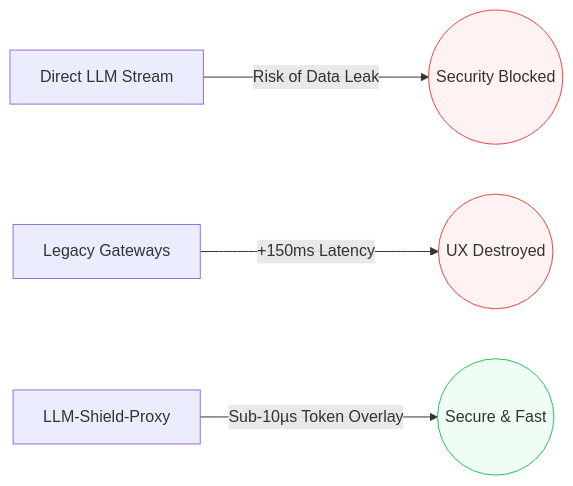
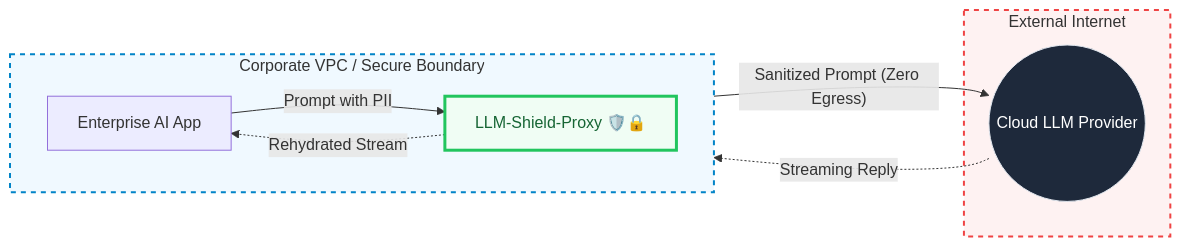
One commit to ninadphalak/LLM-Shield-Proxy changed the first of 2 diagrams in README.md. Above: the diagram before and after it, drawn with Mermaid. The commit also changed other lines of this file and 4 other files, not shown here.

Commit message:
docs: add topologies documentation and improve readme diagram

````diff
--- a/README.md
+++ b/README.md
@@ -11,10 +18,22 @@
 ```mermaid
 flowchart LR
-    A[Direct LLM Stream] -->|Risk of Data Leak| B((Security Blocked))
-    C[Legacy Gateways] -->|+150ms Latency| D((UX Destroyed))
-    E[LLM-Shield-Proxy] -->|Sub-10µs Token Overlay| F((Secure & Fast))
-    
-    style B fill:#fef2f2,stroke:#ef4444
-    style D fill:#fef2f2,stroke:#ef4444
-    style F fill:#f0fdf4,stroke:#22c55e
+    subgraph VPC [Corporate VPC / Secure Boundary]
+        direction LR
+        App[Enterprise AI App]
+        Proxy[LLM-Shield-Proxy 🛡️🔒]
+        App -- "Prompt with PII" --> Proxy
+    end
+
+    subgraph Internet [External Internet]
+        LLM((Cloud LLM Provider))
+    end
+
+    Proxy -- "Sanitized Prompt (Zero Egress)" --> LLM
+    LLM -. "Streaming Reply" .-> Proxy
+    Proxy -. "Rehydrated Stream" .-> App
+
+    style VPC fill:#f0f9ff,stroke:#0284c7,stroke-width:2px,stroke-dasharray: 5 5
+    style Internet fill:#fef2f2,stroke:#ef4444,stroke-width:2px,stroke-dasharray: 5 5
+    style Proxy fill:#f0fdf4,stroke:#22c55e,stroke-width:3px,color:#166534
+    style LLM fill:#1e293b,stroke:#e2e8f0,color:#fff
 ```
````
